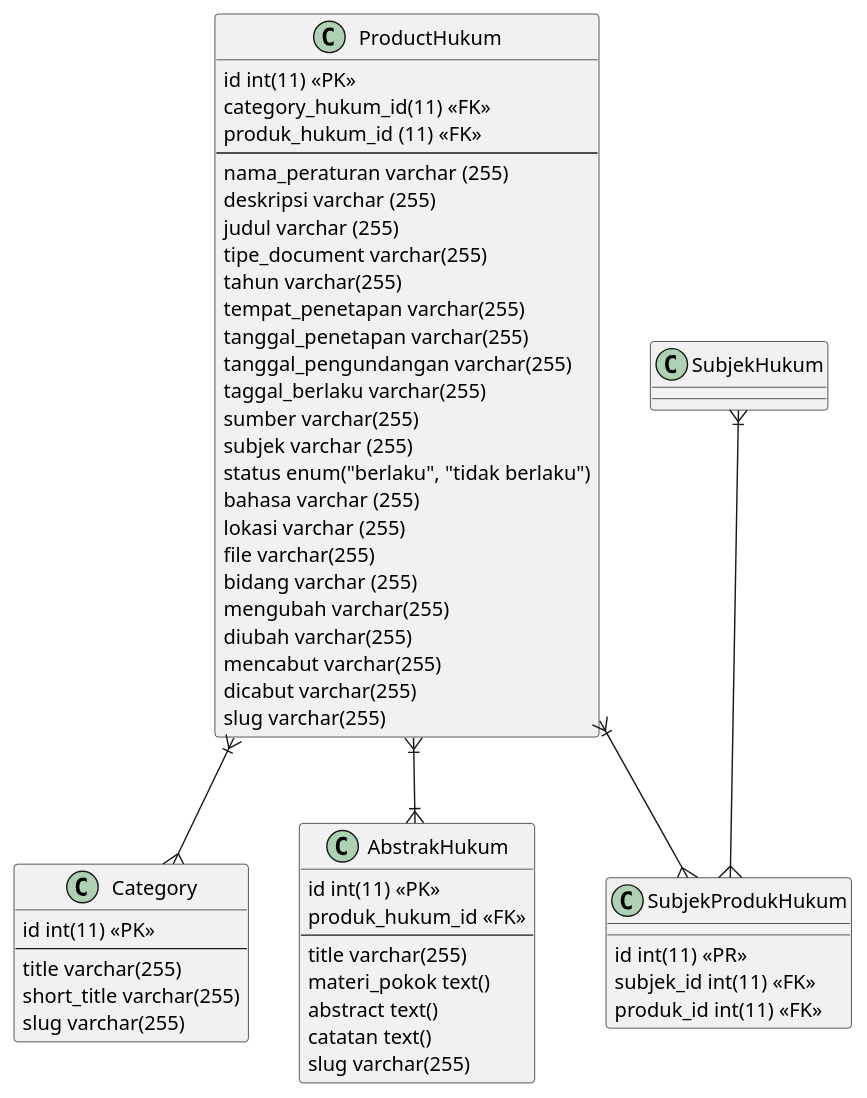
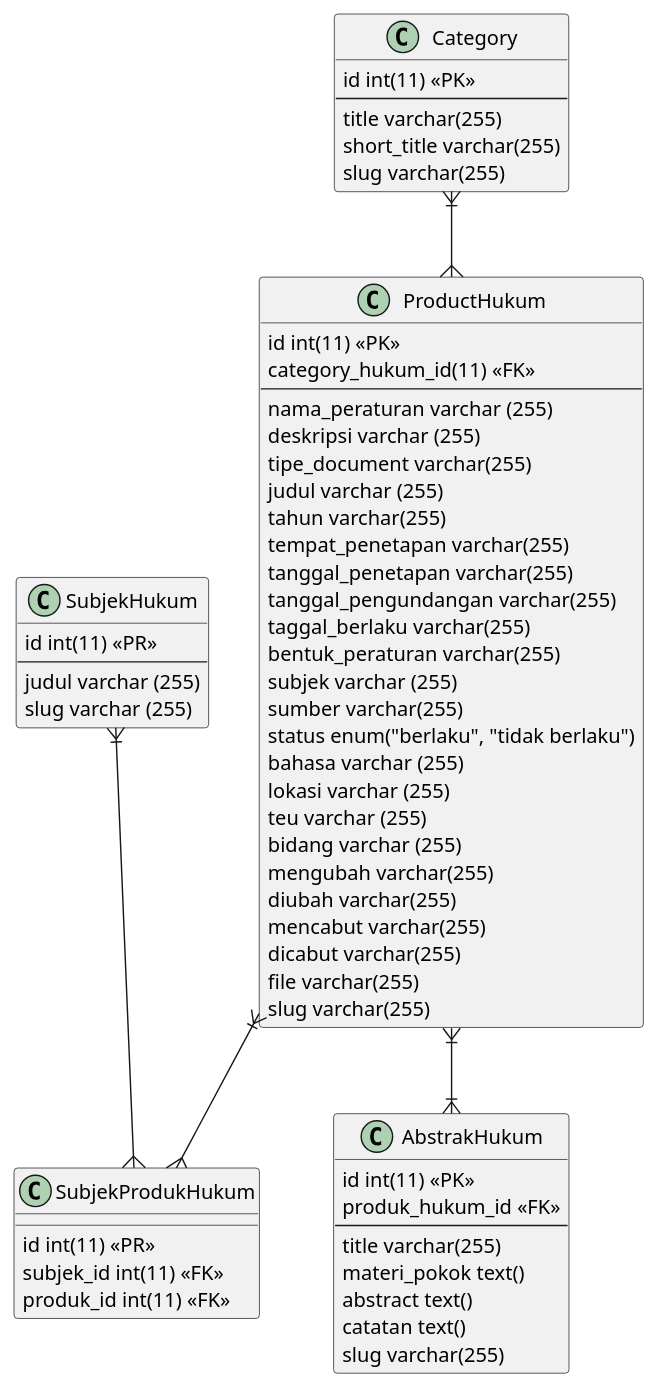
Before and after one commit to MIRLANI/JDIH_App_11: the diagram in desain.pu, drawn with PlantUML. The commit also changed 27 other files, not shown here.

```diff
--- a/desain.pu
+++ b/desain.pu
@@ -1,71 +1,79 @@
 @startuml
 
 
 
 class Category{
     id int(11) <<PK>>
     --
     title varchar(255)
     short_title varchar(255)
     slug varchar(255)
 }
 
 class ProductHukum{
     id int(11) <<PK>>
     category_hukum_id(11) <<FK>>
-    produk_hukum_id (11) <<FK>>
     --
     nama_peraturan varchar (255)
     deskripsi varchar (255)
+    tipe_document varchar(255)
     judul varchar (255)
-    tipe_document varchar(255)
     tahun varchar(255)
     tempat_penetapan varchar(255)
     tanggal_penetapan varchar(255)
     tanggal_pengundangan varchar(255)
     taggal_berlaku varchar(255)
+    bentuk_peraturan varchar(255)
+    subjek varchar (255)
     sumber varchar(255)
-    subjek varchar (255)
     status enum("berlaku", "tidak berlaku")
     bahasa varchar (255)
     lokasi varchar (255)
-    file varchar(255)
+    teu varchar (255)
     bidang varchar (255)
     mengubah varchar(255)
     diubah varchar(255)
     mencabut varchar(255)
     dicabut varchar(255)
+    file varchar(255)
     slug varchar(255)
 }
 
 
 class SubjekProdukHukum{
     id int(11) <<PR>>
     subjek_id int(11) <<FK>>
     produk_id int(11) <<FK>>
+}
+
+class SubjekHukum{
+    id int(11) <<PR>>
+    --
+    judul varchar (255)
+    slug varchar (255)
 }
 
 
 
 class AbstrakHukum{
     id int(11) <<PK>>
     produk_hukum_id <<FK>>
     --
     title varchar(255)
     materi_pokok text()
     abstract text()
     catatan text()
     slug varchar(255)
 }
 
 
-ProductHukum}|--{Category
+Category}|--{ProductHukum
 ProductHukum }|--{SubjekProdukHukum
 SubjekHukum }|--{SubjekProdukHukum
 ProductHukum }|--|{AbstrakHukum
 
 
 
 
 
 @enduml
```
